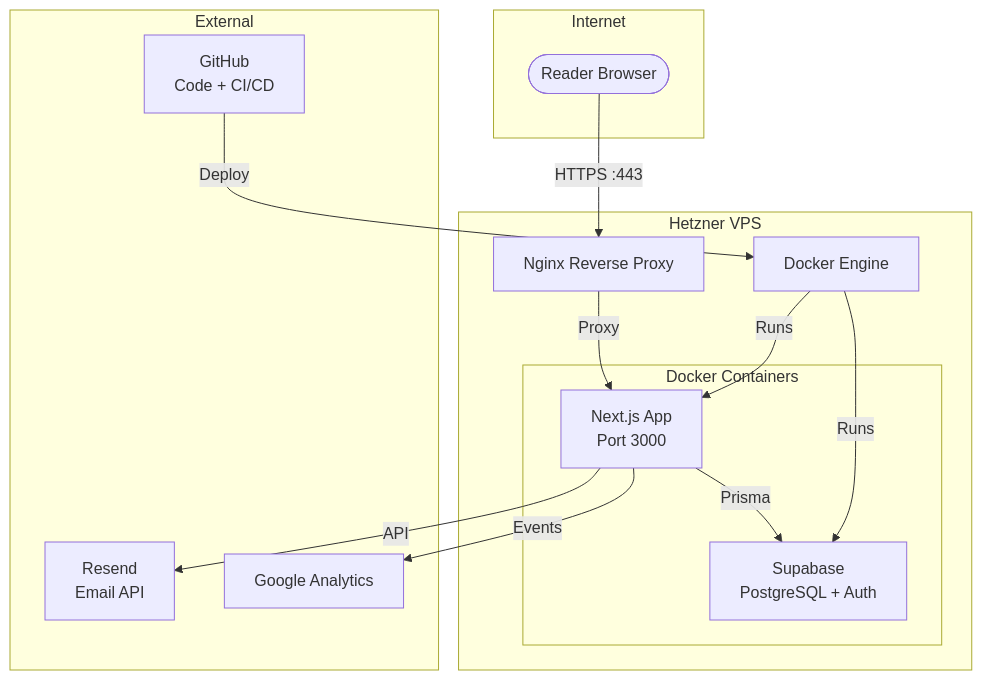
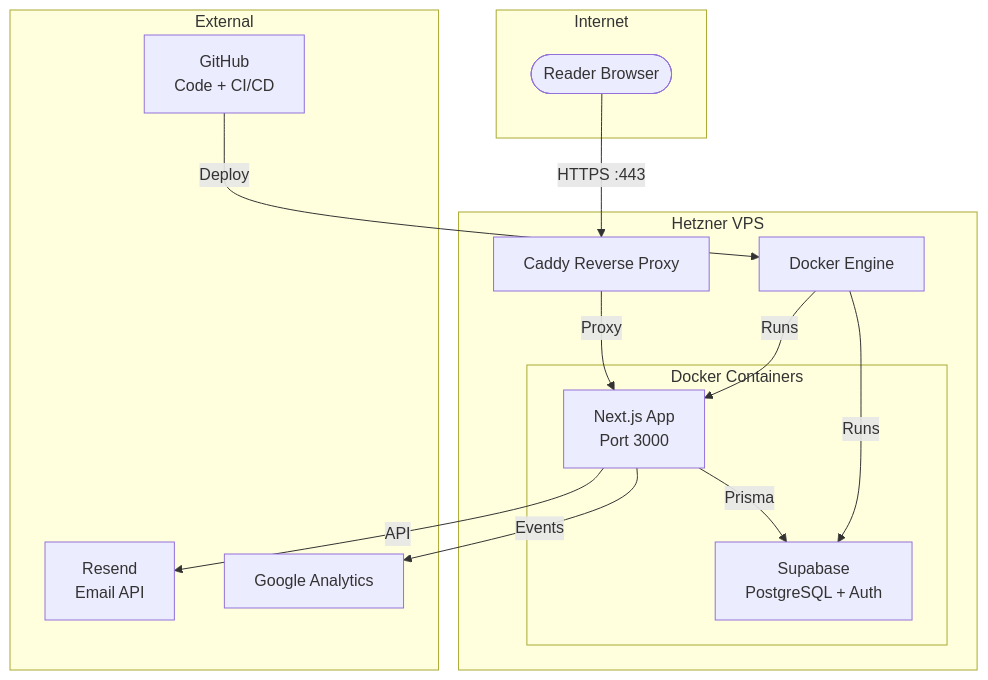
Before and after one commit to marcusgoll/marcusgoll: the sixth of 7 diagrams in docs/project/system-architecture.md, drawn with Mermaid. The commit also changed other lines of this file and 9 other files, not shown here.

````diff
--- a/docs/project/system-architecture.md
+++ b/docs/project/system-architecture.md
@@ -282,31 +282,31 @@
 ```mermaid
 graph TB
     subgraph Internet
         User([Reader Browser])
     end
 
     subgraph Hetzner VPS
-        Nginx[Nginx Reverse Proxy]
+        Caddy[Caddy Reverse Proxy]
         Docker[Docker Engine]
 
         subgraph Docker Containers
             NextJS[Next.js App<br/>Port 3000]
             Supabase[Supabase<br/>PostgreSQL + Auth]
         end
     end
 
     subgraph External
         GitHub[GitHub<br/>Code + CI/CD]
         Resend[Resend<br/>Email API]
         GA4[Google Analytics]
     end
 
-    User -->|HTTPS :443| Nginx
-    Nginx -->|Proxy| NextJS
+    User -->|HTTPS :443| Caddy
+    Caddy -->|Proxy| NextJS
     NextJS -->|Prisma| Supabase
     NextJS -->|API| Resend
     NextJS -->|Events| GA4
     GitHub -->|Deploy| Docker
     Docker -->|Runs| NextJS
     Docker -->|Runs| Supabase
 ```
````
